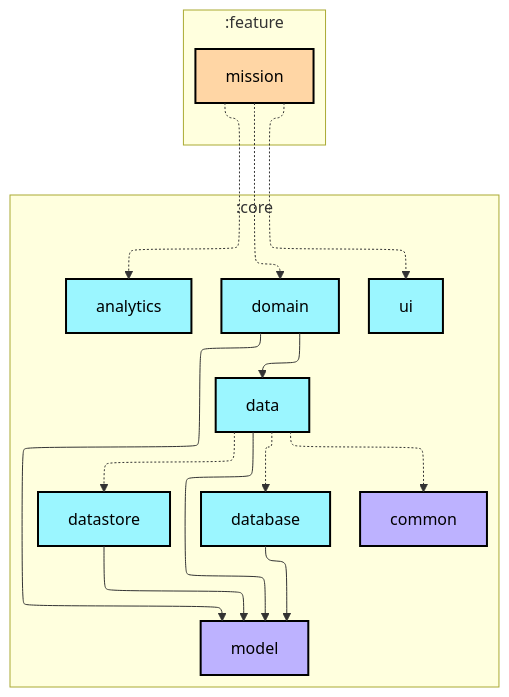
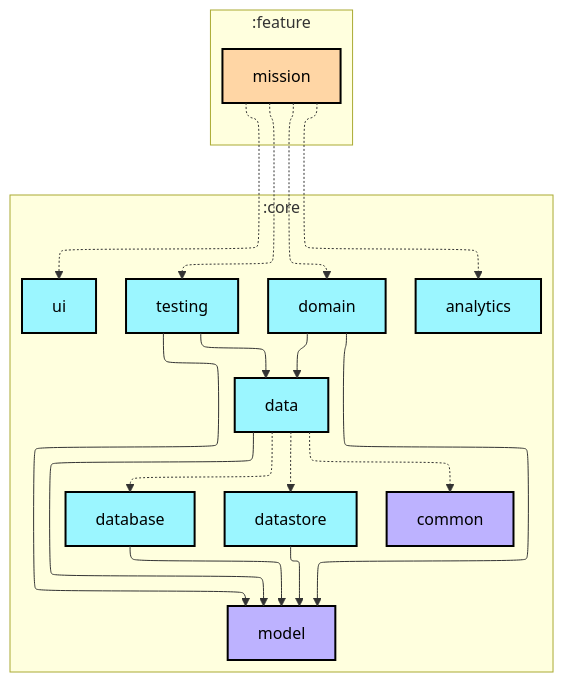
The first of 2 diagrams in feature/mission/README.md (Sunior-k/walklog), drawn with Mermaid before and after one commit. The commit also changed other lines of this file and 46 other files, not shown here.

````diff
--- a/feature/mission/README.md
+++ b/feature/mission/README.md
@@ -14,43 +14,47 @@
 ```mermaid
 ---
 config:
   layout: elk
   elk:
     nodePlacementStrategy: SIMPLE
 ---
 graph TB
   subgraph :feature
     direction TB
     :feature:mission[mission]:::android-feature
   end
 
   subgraph :core
     direction TB
     :core:domain[domain]:::android-library
     :core:data[data]:::android-library
     :core:database[database]:::android-library
     :core:datastore[datastore]:::android-library
     :core:common[common]:::jvm-library
     :core:model[model]:::jvm-library
     :core:analytics[analytics]:::android-library
+    :core:testing[testing]:::android-library
     :core:ui[ui]:::android-library
   end
 
   :feature:mission -.-> :core:domain
   :feature:mission -.-> :core:analytics
+  :feature:mission -.-> :core:testing
   :feature:mission -.-> :core:ui
   :core:domain --> :core:data
   :core:domain --> :core:model
   :core:data --> :core:model
   :core:data -.-> :core:database
   :core:data -.-> :core:datastore
   :core:data -.-> :core:common
   :core:database --> :core:model
   :core:datastore --> :core:model
+  :core:testing --> :core:data
+  :core:testing --> :core:model
 
 classDef android-application fill:#CAFFBF,stroke:#000,stroke-width:2px,color:#000;
 classDef android-feature fill:#FFD6A5,stroke:#000,stroke-width:2px,color:#000;
 classDef android-library fill:#9BF6FF,stroke:#000,stroke-width:2px,color:#000;
 classDef android-test fill:#A0C4FF,stroke:#000,stroke-width:2px,color:#000;
 classDef jvm-library fill:#BDB2FF,stroke:#000,stroke-width:2px,color:#000;
 ```
````
